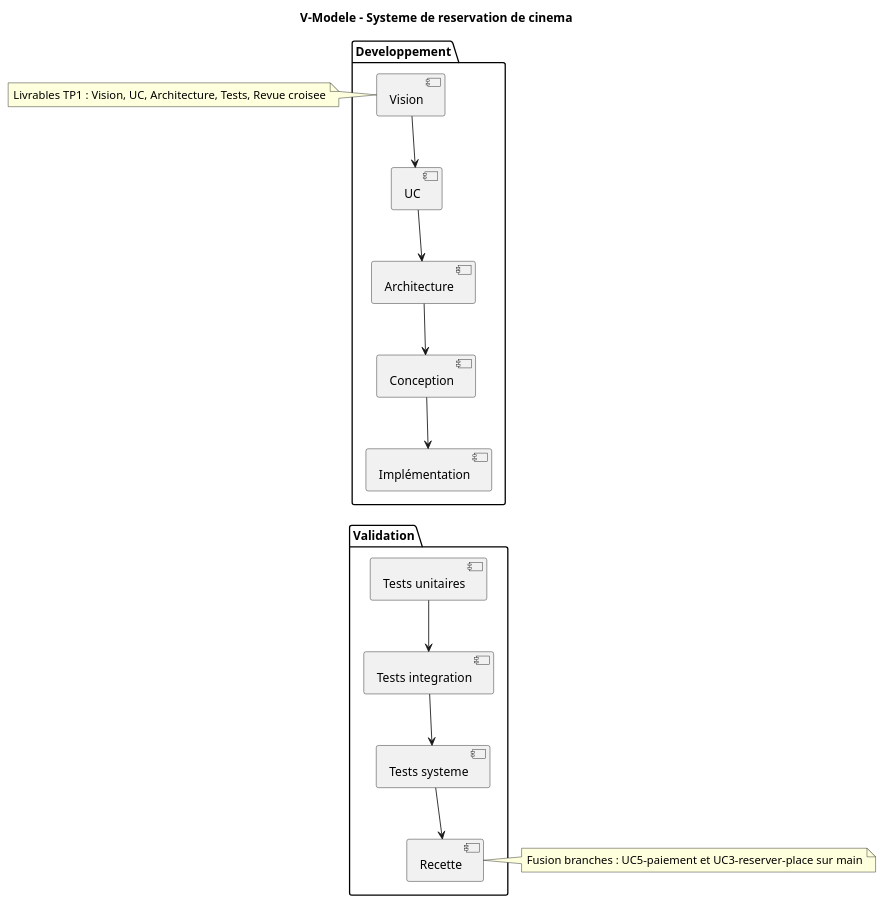
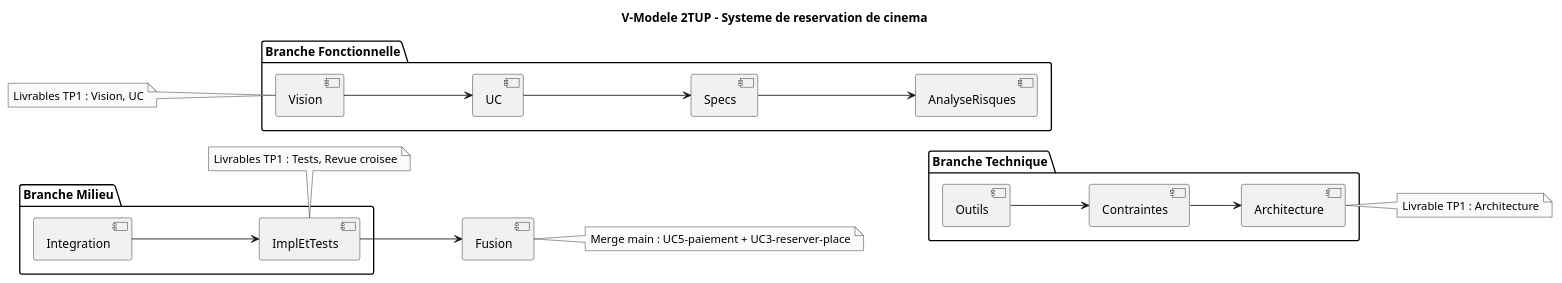
The diagram in docs/vmodele.puml (Abdelkader-Ammar/TP_Cinema_Ticket_Reservation), drawn with PlantUML before and after one commit.

Commit message:
Fix V-model 2TUP PlantUML syntax

```diff
--- a/docs/vmodele.puml
+++ b/docs/vmodele.puml
@@ -1,21 +1,30 @@
 @startuml
-title V-Modele - Systeme de reservation de cinema
+title V-Modele 2TUP - Systeme de reservation de cinema
 
-package Developpement {
+skinparam monochrome true
+skinparam shadowing false
+left to right direction
+
+package "Branche Fonctionnelle" {
   [Vision] --> [UC]
-  [UC] --> [Architecture]
-  [Architecture] --> [Conception]
-  [Conception] --> [Implémentation]
+  [UC] --> [Specs]
+  [Specs] --> [AnalyseRisques]
 }
 
-package Validation {
-  [Tests unitaires] --> [Tests integration]
-  [Tests integration] --> [Tests systeme]
-  [Tests systeme] --> [Recette]
+package "Branche Technique" {
+  [Outils] --> [Contraintes]
+  [Contraintes] --> [Architecture]
 }
 
-[Implémentation] -[hidden]-> [Tests unitaires]
+package "Branche Milieu" {
+  [Integration] --> [ImplEtTests]
+}
 
-note left of Vision : Livrables TP1 : Vision, UC, Architecture, Tests, Revue croisee
-note right of Recette : Fusion branches : UC5-paiement et UC3-reserver-place sur main
+[AnalyseRisques] -[hidden]-> [Contraintes]
+[ImplEtTests] --> [Fusion]
+
+note left of Vision : Livrables TP1 : Vision, UC
+note right of Architecture : Livrable TP1 : Architecture
+note bottom of ImplEtTests : Livrables TP1 : Tests, Revue croisee
+note right of Fusion : Merge main : UC5-paiement + UC3-reserver-place
 @enduml
```
